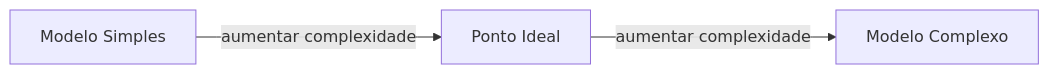
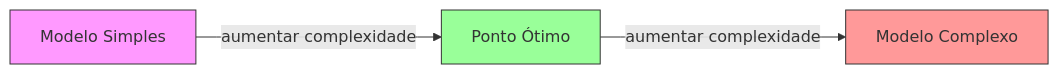
Before and after one commit to K3lvin-dev/ai-engineering-from-scratch: the first of 5 diagrams in phases/02-ml-fundamentals/10-bias-variance/docs/pt-br.md, drawn with Mermaid. The commit also changed other lines of this file and 17 other files, not shown here.

````diff
--- a/phases/02-ml-fundamentals/10-bias-variance/docs/pt-br.md
+++ b/phases/02-ml-fundamentals/10-bias-variance/docs/pt-br.md
@@ -61,5 +77,9 @@
 ```mermaid
 graph LR
-    A[Modelo Simples] -->|aumentar complexidade| B[Ponto Ideal]
+    A[Modelo Simples] -->|aumentar complexidade| B[Ponto Ótimo]
     B -->|aumentar complexidade| C[Modelo Complexo]
+
+    style A fill:#f9f,stroke:#333
+    style B fill:#9f9,stroke:#333
+    style C fill:#f99,stroke:#333
 ```
````
